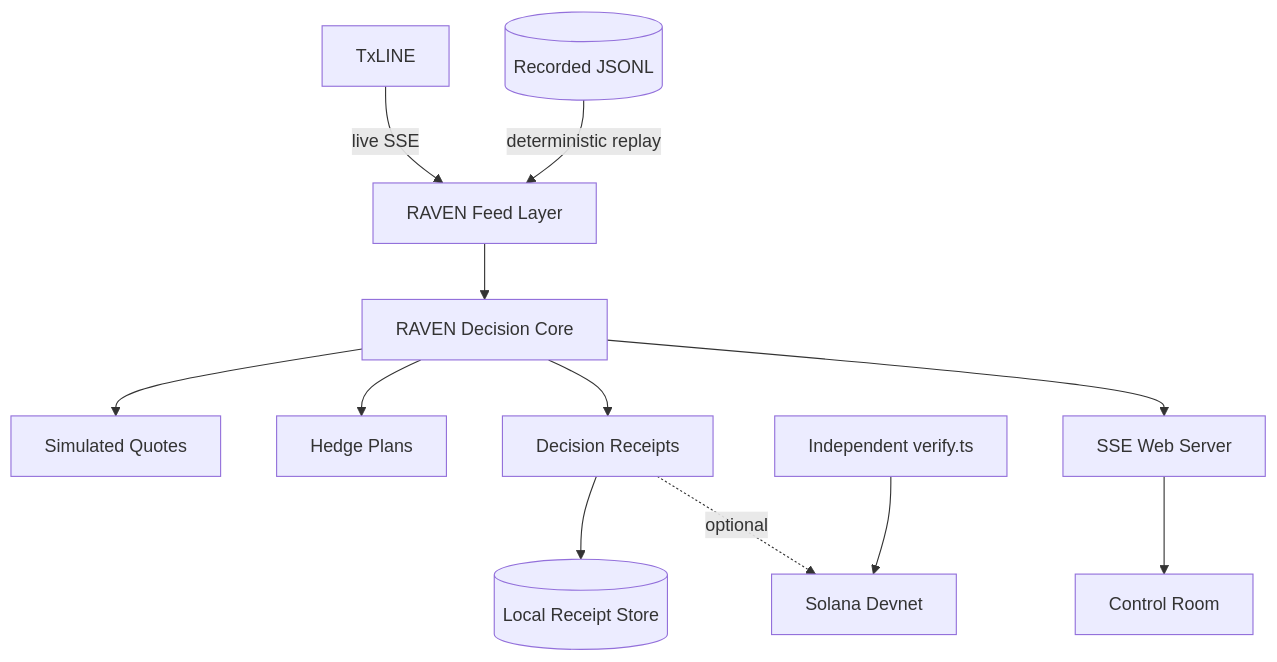
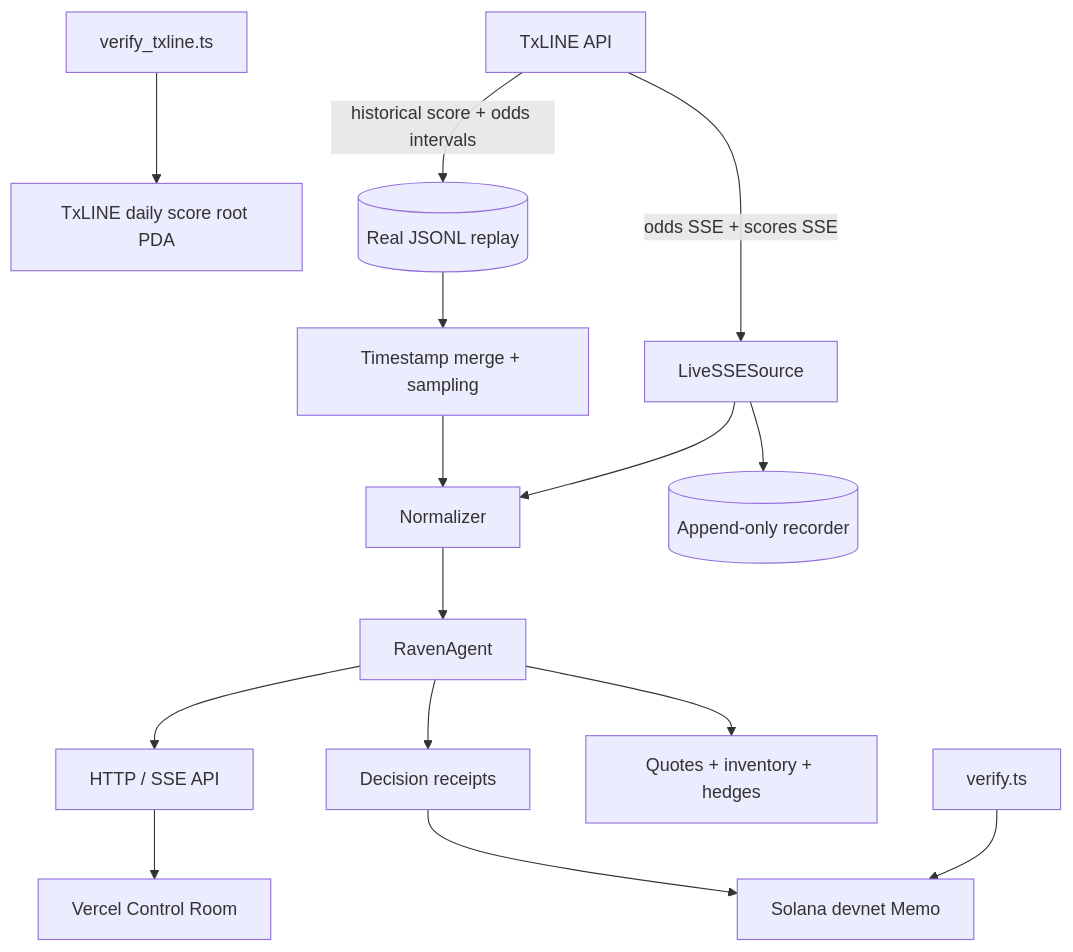
Before and after one commit to karagozemin/RAVEN: the first of 11 diagrams in ARCHITECTURE.md, drawn with Mermaid. The commit also changed other lines of this file and 59 other files, not shown here.

Commit message:
feat: add TxLINE goal record verification script for devnet

````diff
--- a/ARCHITECTURE.md
+++ b/ARCHITECTURE.md
@@ -16,14 +9,17 @@
 ```mermaid
 flowchart TB
-    TX[TxLINE] -->|live SSE| INGEST[RAVEN Feed Layer]
-    REC[(Recorded JSONL)] -->|deterministic replay| INGEST
-    INGEST --> CORE[RAVEN Decision Core]
-    CORE --> QUOTES[Simulated Quotes]
-    CORE --> HEDGES[Hedge Plans]
-    CORE --> RECEIPTS[Decision Receipts]
-    RECEIPTS --> STORE[(Local Receipt Store)]
-    RECEIPTS -. optional .-> SOL[Solana Devnet]
-    CORE --> API[SSE Web Server]
-    API --> UI[Control Room]
-    VERIFY[Independent verify.ts] --> SOL
+    TX[TxLINE API] -->|odds SSE + scores SSE| LIVE[LiveSSESource]
+    TX -->|historical score + odds intervals| RAW[(Real JSONL replay)]
+    LIVE --> REC[(Append-only recorder)]
+    LIVE --> N[Normalizer]
+    RAW --> MERGE[Timestamp merge + sampling]
+    MERGE --> N
+    N --> CORE[RavenAgent]
+    CORE --> BOOK[Quotes + inventory + hedges]
+    CORE --> RECEIPTS[Decision receipts]
+    RECEIPTS --> MEMO[Solana devnet Memo]
+    CORE --> SSE[HTTP / SSE API]
+    SSE --> UI[Vercel Control Room]
+    VERIFY[verify.ts] --> MEMO
+    TXPROOF[verify_txline.ts] --> TXROOT[TxLINE daily score root PDA]
 ```
````
